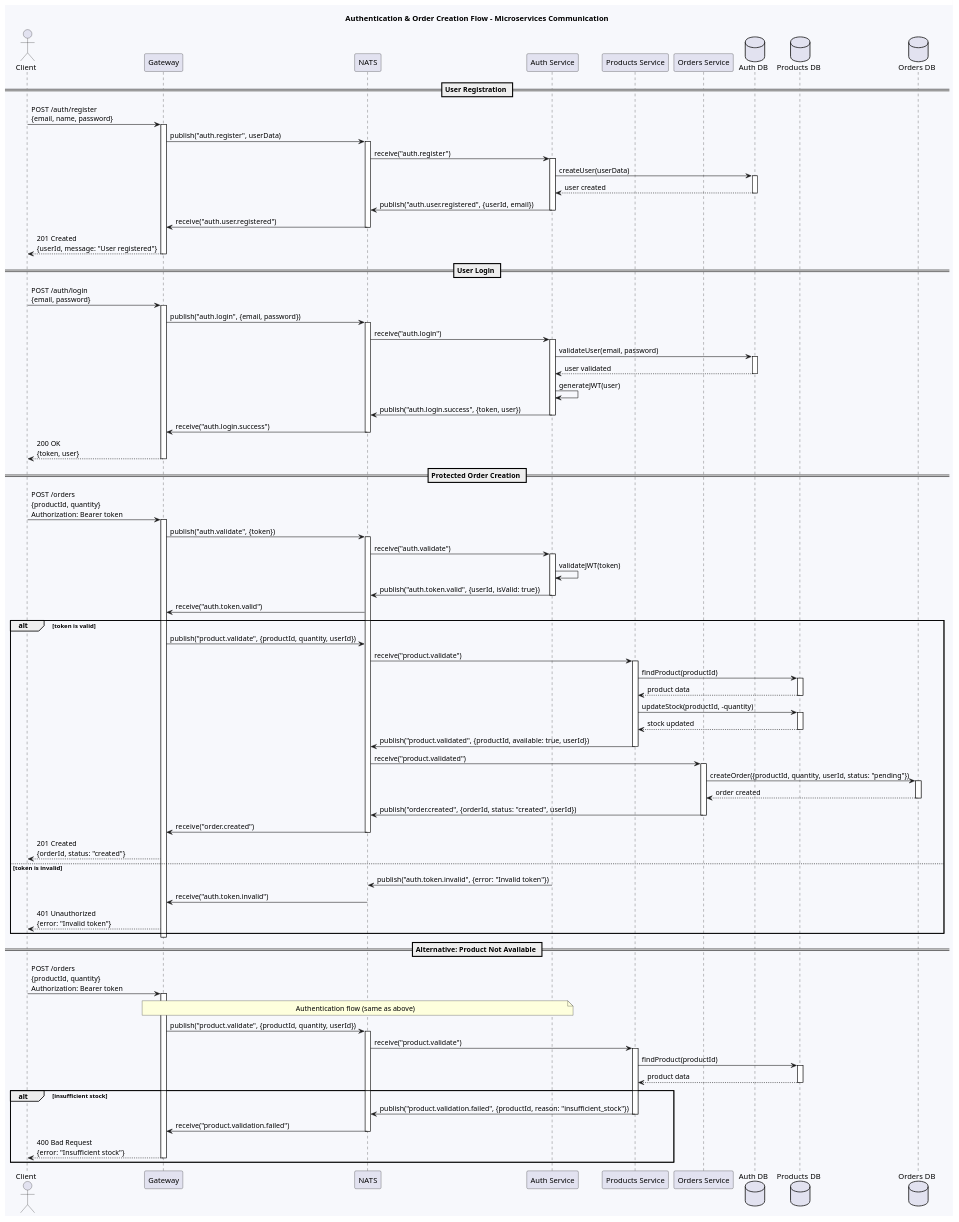
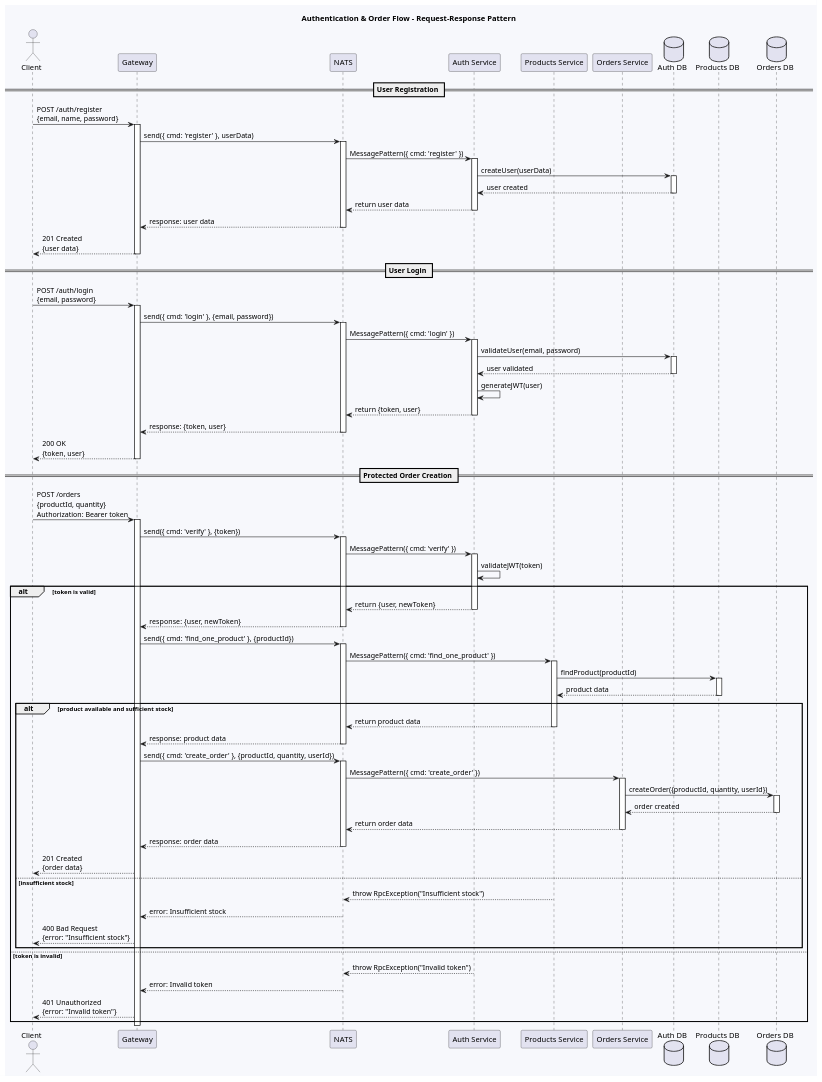
One commit to Kevin-Caballero/micro-store changed the diagram in docs/sequence-diagram.puml. Above: the diagram before and after it, drawn with PlantUML. The commit also changed 2 other files, not shown here.

Commit message:
Refactor sequence and component diagrams to use Request-Response pattern for NATS communication

```diff
--- a/docs/sequence-diagram.puml
+++ b/docs/sequence-diagram.puml
@@ -1,158 +1,145 @@
 @startuml sequence
-title Authentication & Order Creation Flow - Microservices Communication
+title Authentication & Order Flow - Request-Response Pattern
 
 skinparam backgroundColor #F7F8FC
 
 actor "Client" as client
 participant "Gateway" as gateway
 participant "NATS" as nats
 participant "Auth Service" as auth
 participant "Products Service" as products
 participant "Orders Service" as orders
 database "Auth DB" as auth_db
 database "Products DB" as products_db
 database "Orders DB" as orders_db
 
 == User Registration ==
 
 client -> gateway : POST /auth/register\n{email, name, password}
 activate gateway
 
-gateway -> nats : publish("auth.register", userData)
+gateway -> nats : send({ cmd: 'register' }, userData)
 activate nats
 
-nats -> auth : receive("auth.register")
+nats -> auth : MessagePattern({ cmd: 'register' })
 activate auth
 
 auth -> auth_db : createUser(userData)
 activate auth_db
 auth_db --> auth : user created
 deactivate auth_db
 
-auth -> nats : publish("auth.user.registered", {userId, email})
+auth --> nats : return user data
 deactivate auth
 
-nats -> gateway : receive("auth.user.registered")
+nats --> gateway : response: user data
 deactivate nats
 
-gateway --> client : 201 Created\n{userId, message: "User registered"}
+gateway --> client : 201 Created\n{user data}
 deactivate gateway
 
 == User Login ==
 
 client -> gateway : POST /auth/login\n{email, password}
 activate gateway
 
-gateway -> nats : publish("auth.login", {email, password})
+gateway -> nats : send({ cmd: 'login' }, {email, password})
 activate nats
 
-nats -> auth : receive("auth.login")
+nats -> auth : MessagePattern({ cmd: 'login' })
 activate auth
 
 auth -> auth_db : validateUser(email, password)
 activate auth_db
 auth_db --> auth : user validated
 deactivate auth_db
 
 auth -> auth : generateJWT(user)
-auth -> nats : publish("auth.login.success", {token, user})
+auth --> nats : return {token, user}
 deactivate auth
 
-nats -> gateway : receive("auth.login.success")
+nats --> gateway : response: {token, user}
 deactivate nats
 
 gateway --> client : 200 OK\n{token, user}
 deactivate gateway
 
 == Protected Order Creation ==
 
 client -> gateway : POST /orders\n{productId, quantity}\nAuthorization: Bearer token
 activate gateway
 
-gateway -> nats : publish("auth.validate", {token})
+gateway -> nats : send({ cmd: 'verify' }, {token})
 activate nats
 
-nats -> auth : receive("auth.validate")
+nats -> auth : MessagePattern({ cmd: 'verify' })
 activate auth
 
 auth -> auth : validateJWT(token)
-auth -> nats : publish("auth.token.valid", {userId, isValid: true})
-deactivate auth
-
-nats -> gateway : receive("auth.token.valid")
 
 alt token is valid
-    gateway -> nats : publish("product.validate", {productId, quantity, userId})
+    auth --> nats : return {user, newToken}
+    deactivate auth
     
-    nats -> products : receive("product.validate")
+    nats --> gateway : response: {user, newToken}
+    deactivate nats
+    
+    gateway -> nats : send({ cmd: 'find_one_product' }, {productId})
+    activate nats
+    
+    nats -> products : MessagePattern({ cmd: 'find_one_product' })
     activate products
     
     products -> products_db : findProduct(productId)
     activate products_db
     products_db --> products : product data
     deactivate products_db
     
-    products -> products_db : updateStock(productId, -quantity)
-    activate products_db
-    products_db --> products : stock updated
-    deactivate products_db
-    
-    products -> nats : publish("product.validated", {productId, available: true, userId})
-    deactivate products
-    
-    nats -> orders : receive("product.validated")
-    activate orders
-    
-    orders -> orders_db : createOrder({productId, quantity, userId, status: "pending"})
-    activate orders_db
-    orders_db --> orders : order created
-    deactivate orders_db
-    
-    orders -> nats : publish("order.created", {orderId, status: "created", userId})
-    deactivate orders
-    
-    nats -> gateway : receive("order.created")
-    deactivate nats
-    
-    gateway --> client : 201 Created\n{orderId, status: "created"}
+    alt product available and sufficient stock
+        products --> nats : return product data
+        deactivate products
+        
+        nats --> gateway : response: product data
+        deactivate nats
+        
+        gateway -> nats : send({ cmd: 'create_order' }, {productId, quantity, userId})
+        activate nats
+        
+        nats -> orders : MessagePattern({ cmd: 'create_order' })
+        activate orders
+        
+        orders -> orders_db : createOrder({productId, quantity, userId})
+        activate orders_db
+        orders_db --> orders : order created
+        deactivate orders_db
+        
+        orders --> nats : return order data
+        deactivate orders
+        
+        nats --> gateway : response: order data
+        deactivate nats
+        
+        gateway --> client : 201 Created\n{order data}
+    else insufficient stock
+        products --> nats : throw RpcException("Insufficient stock")
+        deactivate products
+        
+        nats --> gateway : error: Insufficient stock
+        deactivate nats
+        
+        gateway --> client : 400 Bad Request\n{error: "Insufficient stock"}
+    end
 
 else token is invalid
-    auth -> nats : publish("auth.token.invalid", {error: "Invalid token"})
-    nats -> gateway : receive("auth.token.invalid")
+    auth --> nats : throw RpcException("Invalid token")
+    deactivate auth
+    
+    nats --> gateway : error: Invalid token
     deactivate nats
     
     gateway --> client : 401 Unauthorized\n{error: "Invalid token"}
 end
 
 deactivate gateway
 
-== Alternative: Product Not Available ==
-
-client -> gateway : POST /orders\n{productId, quantity}\nAuthorization: Bearer token
-activate gateway
-
-note over gateway, auth : Authentication flow (same as above)
-
-gateway -> nats : publish("product.validate", {productId, quantity, userId})
-activate nats
-
-nats -> products : receive("product.validate")
-activate products
-
-products -> products_db : findProduct(productId)
-activate products_db
-products_db --> products : product data
-deactivate products_db
-
-alt insufficient stock
-    products -> nats : publish("product.validation.failed", {productId, reason: "insufficient_stock"})
-    deactivate products
-    
-    nats -> gateway : receive("product.validation.failed")
-    deactivate nats
-    
-    gateway --> client : 400 Bad Request\n{error: "Insufficient stock"}
-    deactivate gateway
-end
-
 @enduml
```
